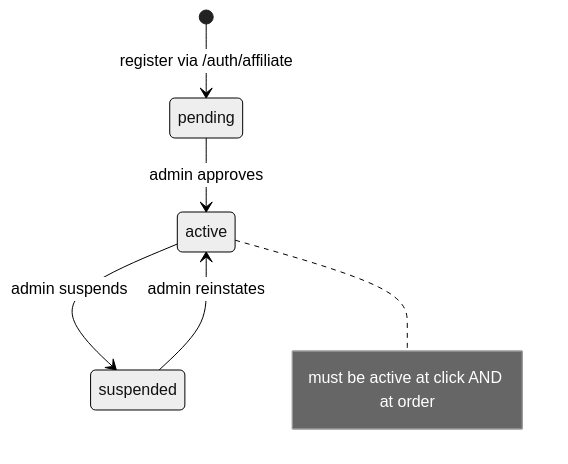
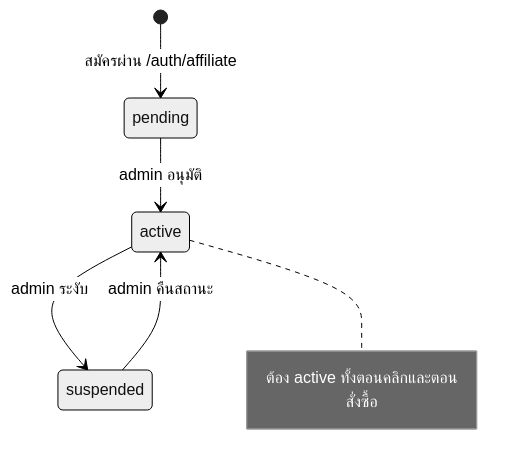
Before and after one commit to techpowerdev/medusa-ecom: the fifth of 7 diagrams in docs/design/state-machines.md, drawn with Mermaid (neutral theme). The commit also changed other lines of this file and 25 other files, not shown here.

````diff
--- a/docs/design/state-machines.md
+++ b/docs/design/state-machines.md
@@ -61,8 +61,8 @@
 ```mermaid
 stateDiagram-v2
-  [*] --> pending : register via /auth/affiliate
-  pending --> active : admin approves
-  active --> suspended : admin suspends
-  suspended --> active : admin reinstates
-  note right of active : must be active at click AND at order
+  [*] --> pending : สมัครผ่าน /auth/affiliate
+  pending --> active : admin อนุมัติ
+  active --> suspended : admin ระงับ
+  suspended --> active : admin คืนสถานะ
+  note right of active : ต้อง active ทั้งตอนคลิกและตอนสั่งซื้อ
 ```
````
